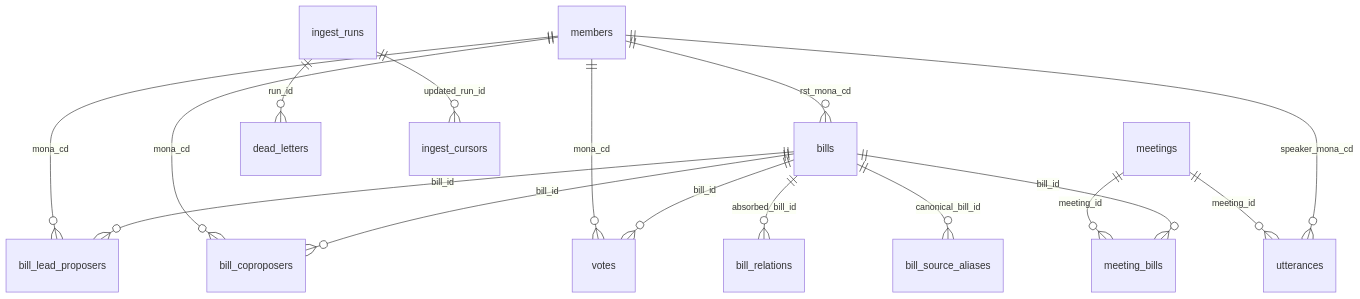
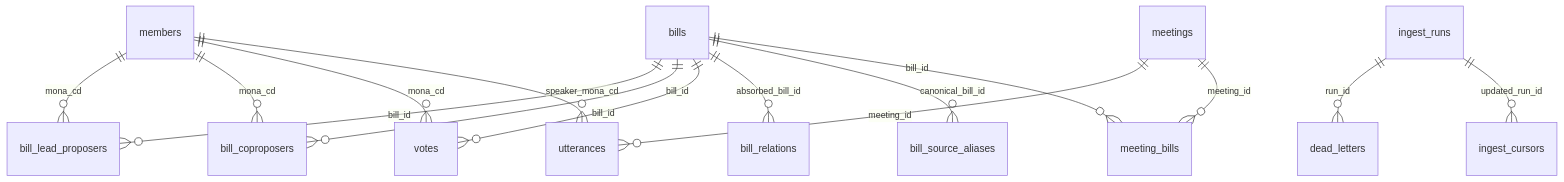
Before and after one commit to tjdwls101010/Congress-DB: the diagram in docs/design/ERD.md, drawn with Mermaid. The commit also changed other lines of this file and 22 other files, not shown here.

First line of the commit message:
Clean up DB schema for consumer surface

````diff
--- a/docs/design/ERD.md
+++ b/docs/design/ERD.md
@@ -9,18 +9,17 @@
 ```mermaid
 erDiagram
-    members ||--o{ bills : "rst_mona_cd"
     members ||--o{ bill_lead_proposers : "mona_cd"
     bills ||--o{ bill_lead_proposers : "bill_id"
     members ||--o{ bill_coproposers : "mona_cd"
     bills ||--o{ bill_coproposers : "bill_id"
     members ||--o{ votes : "mona_cd"
     bills ||--o{ votes : "bill_id"
     bills ||--o{ bill_relations : "absorbed_bill_id"
     bills ||--o{ bill_source_aliases : "canonical_bill_id"
     meetings ||--o{ utterances : "meeting_id"
     meetings ||--o{ meeting_bills : "meeting_id"
     bills ||--o{ meeting_bills : "bill_id"
     members ||--o{ utterances : "speaker_mona_cd"
     ingest_runs ||--o{ dead_letters : "run_id"
     ingest_runs ||--o{ ingest_cursors : "updated_run_id"
 ```
````
